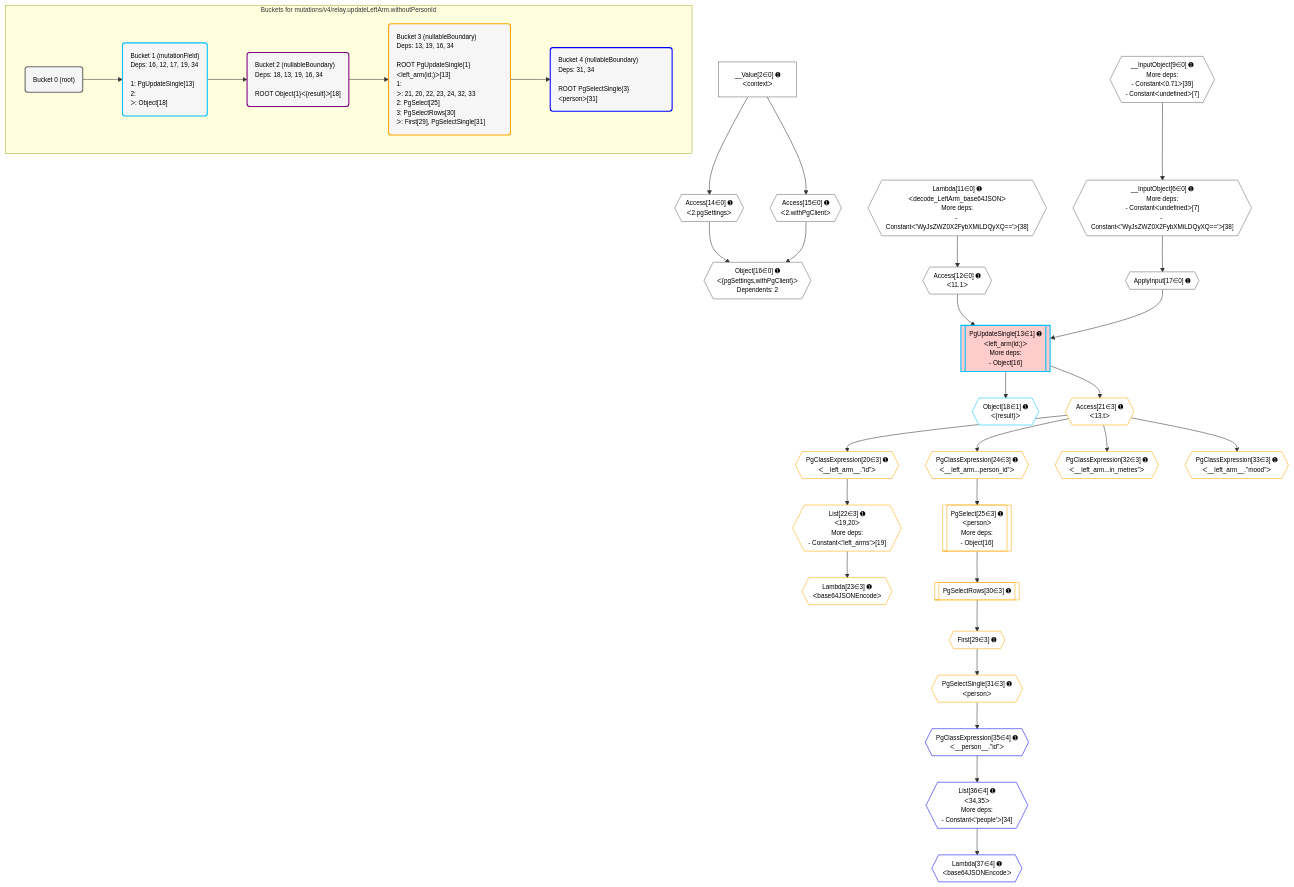
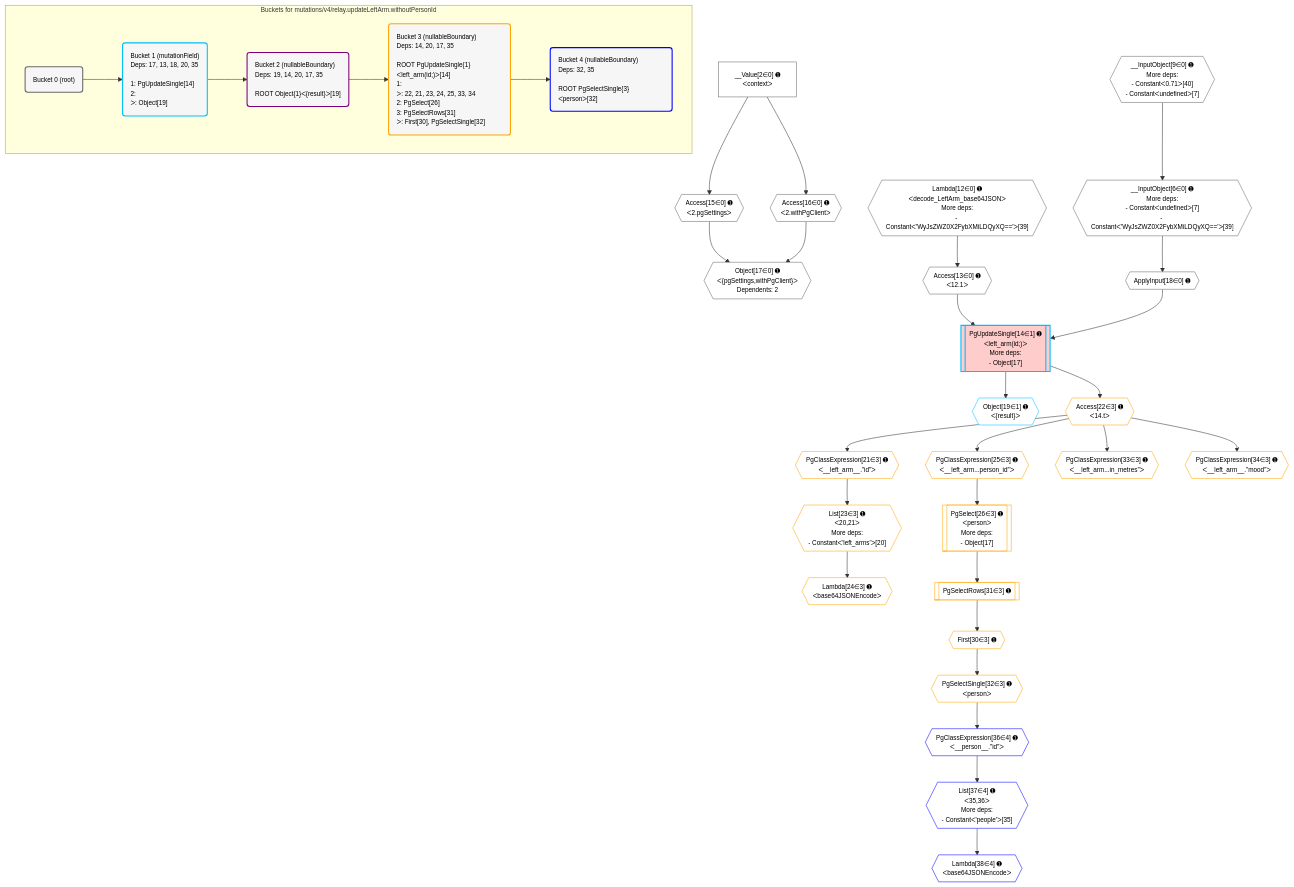
Before and after one commit to graphile/crystal: the diagram in postgraphile/postgraphile/__tests__/mutations/v4/relay.updateLeftArm.withoutPersonId.mermaid, drawn with Mermaid. The commit also changed 6 other files, not shown here.

```diff
--- a/postgraphile/postgraphile/__tests__/mutations/v4/relay.updateLeftArm.withoutPersonId.mermaid
+++ b/postgraphile/postgraphile/__tests__/mutations/v4/relay.updateLeftArm.withoutPersonId.mermaid
@@ -1,81 +1,81 @@
 %%{init: {'themeVariables': { 'fontSize': '12px'}}}%%
 graph TD
     classDef path fill:#eee,stroke:#000,color:#000
     classDef plan fill:#fff,stroke-width:1px,color:#000
     classDef itemplan fill:#fff,stroke-width:2px,color:#000
     classDef unbatchedplan fill:#dff,stroke-width:1px,color:#000
     classDef sideeffectplan fill:#fcc,stroke-width:2px,color:#000
     classDef bucket fill:#f6f6f6,color:#000,stroke-width:2px,text-align:left
 
     subgraph "Buckets for mutations/v4/relay.updateLeftArm.withoutPersonId"
     Bucket0("Bucket 0 (root)"):::bucket
-    Bucket1("Bucket 1 (mutationField)<br />Deps: 16, 12, 17, 19, 34<br /><br />1: PgUpdateSingle[13]<br />2: <br />ᐳ: Object[18]"):::bucket
-    Bucket2("Bucket 2 (nullableBoundary)<br />Deps: 18, 13, 19, 16, 34<br /><br />ROOT Object{1}ᐸ{result}ᐳ[18]"):::bucket
-    Bucket3("Bucket 3 (nullableBoundary)<br />Deps: 13, 19, 16, 34<br /><br />ROOT PgUpdateSingle{1}ᐸleft_arm(id;)ᐳ[13]<br />1: <br />ᐳ: 21, 20, 22, 23, 24, 32, 33<br />2: PgSelect[25]<br />3: PgSelectRows[30]<br />ᐳ: First[29], PgSelectSingle[31]"):::bucket
-    Bucket4("Bucket 4 (nullableBoundary)<br />Deps: 31, 34<br /><br />ROOT PgSelectSingle{3}ᐸpersonᐳ[31]"):::bucket
+    Bucket1("Bucket 1 (mutationField)<br />Deps: 17, 13, 18, 20, 35<br /><br />1: PgUpdateSingle[14]<br />2: <br />ᐳ: Object[19]"):::bucket
+    Bucket2("Bucket 2 (nullableBoundary)<br />Deps: 19, 14, 20, 17, 35<br /><br />ROOT Object{1}ᐸ{result}ᐳ[19]"):::bucket
+    Bucket3("Bucket 3 (nullableBoundary)<br />Deps: 14, 20, 17, 35<br /><br />ROOT PgUpdateSingle{1}ᐸleft_arm(id;)ᐳ[14]<br />1: <br />ᐳ: 22, 21, 23, 24, 25, 33, 34<br />2: PgSelect[26]<br />3: PgSelectRows[31]<br />ᐳ: First[30], PgSelectSingle[32]"):::bucket
+    Bucket4("Bucket 4 (nullableBoundary)<br />Deps: 32, 35<br /><br />ROOT PgSelectSingle{3}ᐸpersonᐳ[32]"):::bucket
     end
     Bucket0 --> Bucket1
     Bucket1 --> Bucket2
     Bucket2 --> Bucket3
     Bucket3 --> Bucket4
 
     %% plan dependencies
-    __InputObject6{{"__InputObject[6∈0] ➊<br />More deps:<br />- Constantᐸundefinedᐳ[7]<br />- Constantᐸ'WyJsZWZ0X2FybXMiLDQyXQ=='ᐳ[38]"}}:::plan
-    __InputObject9{{"__InputObject[9∈0] ➊<br />More deps:<br />- Constantᐸ0.71ᐳ[39]<br />- Constantᐸundefinedᐳ[7]"}}:::plan
+    __InputObject6{{"__InputObject[6∈0] ➊<br />More deps:<br />- Constantᐸundefinedᐳ[7]<br />- Constantᐸ'WyJsZWZ0X2FybXMiLDQyXQ=='ᐳ[39]"}}:::plan
+    __InputObject9{{"__InputObject[9∈0] ➊<br />More deps:<br />- Constantᐸ0.71ᐳ[40]<br />- Constantᐸundefinedᐳ[7]"}}:::plan
     __InputObject9 --> __InputObject6
-    Object16{{"Object[16∈0] ➊<br />ᐸ{pgSettings,withPgClient}ᐳ<br />Dependents: 2"}}:::plan
-    Access14{{"Access[14∈0] ➊<br />ᐸ2.pgSettingsᐳ"}}:::plan
-    Access15{{"Access[15∈0] ➊<br />ᐸ2.withPgClientᐳ"}}:::plan
-    Access14 & Access15 --> Object16
-    Lambda11{{"Lambda[11∈0] ➊<br />ᐸdecode_LeftArm_base64JSONᐳ<br />More deps:<br />- Constantᐸ'WyJsZWZ0X2FybXMiLDQyXQ=='ᐳ[38]"}}:::plan
-    Access12{{"Access[12∈0] ➊<br />ᐸ11.1ᐳ"}}:::plan
-    Lambda11 --> Access12
+    Object17{{"Object[17∈0] ➊<br />ᐸ{pgSettings,withPgClient}ᐳ<br />Dependents: 2"}}:::plan
+    Access15{{"Access[15∈0] ➊<br />ᐸ2.pgSettingsᐳ"}}:::plan
+    Access16{{"Access[16∈0] ➊<br />ᐸ2.withPgClientᐳ"}}:::plan
+    Access15 & Access16 --> Object17
+    Lambda12{{"Lambda[12∈0] ➊<br />ᐸdecode_LeftArm_base64JSONᐳ<br />More deps:<br />- Constantᐸ'WyJsZWZ0X2FybXMiLDQyXQ=='ᐳ[39]"}}:::plan
+    Access13{{"Access[13∈0] ➊<br />ᐸ12.1ᐳ"}}:::plan
+    Lambda12 --> Access13
     __Value2["__Value[2∈0] ➊<br />ᐸcontextᐳ"]:::plan
-    __Value2 --> Access14
     __Value2 --> Access15
-    ApplyInput17{{"ApplyInput[17∈0] ➊"}}:::plan
-    __InputObject6 --> ApplyInput17
-    PgUpdateSingle13[["PgUpdateSingle[13∈1] ➊<br />ᐸleft_arm(id;)ᐳ<br />More deps:<br />- Object[16]"]]:::sideeffectplan
-    Access12 & ApplyInput17 --> PgUpdateSingle13
-    Object18{{"Object[18∈1] ➊<br />ᐸ{result}ᐳ"}}:::plan
-    PgUpdateSingle13 --> Object18
-    List22{{"List[22∈3] ➊<br />ᐸ19,20ᐳ<br />More deps:<br />- Constantᐸ'left_arms'ᐳ[19]"}}:::plan
-    PgClassExpression20{{"PgClassExpression[20∈3] ➊<br />ᐸ__left_arm__.”id”ᐳ"}}:::plan
-    PgClassExpression20 --> List22
-    PgSelect25[["PgSelect[25∈3] ➊<br />ᐸpersonᐳ<br />More deps:<br />- Object[16]"]]:::plan
-    PgClassExpression24{{"PgClassExpression[24∈3] ➊<br />ᐸ__left_arm...person_id”ᐳ"}}:::plan
-    PgClassExpression24 --> PgSelect25
-    Access21{{"Access[21∈3] ➊<br />ᐸ13.tᐳ"}}:::plan
-    Access21 --> PgClassExpression20
-    PgUpdateSingle13 --> Access21
-    Lambda23{{"Lambda[23∈3] ➊<br />ᐸbase64JSONEncodeᐳ"}}:::plan
-    List22 --> Lambda23
-    Access21 --> PgClassExpression24
-    First29{{"First[29∈3] ➊"}}:::plan
-    PgSelectRows30[["PgSelectRows[30∈3] ➊"]]:::plan
-    PgSelectRows30 --> First29
-    PgSelect25 --> PgSelectRows30
-    PgSelectSingle31{{"PgSelectSingle[31∈3] ➊<br />ᐸpersonᐳ"}}:::plan
-    First29 --> PgSelectSingle31
-    PgClassExpression32{{"PgClassExpression[32∈3] ➊<br />ᐸ__left_arm...in_metres”ᐳ"}}:::plan
-    Access21 --> PgClassExpression32
-    PgClassExpression33{{"PgClassExpression[33∈3] ➊<br />ᐸ__left_arm__.”mood”ᐳ"}}:::plan
-    Access21 --> PgClassExpression33
-    List36{{"List[36∈4] ➊<br />ᐸ34,35ᐳ<br />More deps:<br />- Constantᐸ'people'ᐳ[34]"}}:::plan
-    PgClassExpression35{{"PgClassExpression[35∈4] ➊<br />ᐸ__person__.”id”ᐳ"}}:::plan
-    PgClassExpression35 --> List36
-    PgSelectSingle31 --> PgClassExpression35
-    Lambda37{{"Lambda[37∈4] ➊<br />ᐸbase64JSONEncodeᐳ"}}:::plan
-    List36 --> Lambda37
+    __Value2 --> Access16
+    ApplyInput18{{"ApplyInput[18∈0] ➊"}}:::plan
+    __InputObject6 --> ApplyInput18
+    PgUpdateSingle14[["PgUpdateSingle[14∈1] ➊<br />ᐸleft_arm(id;)ᐳ<br />More deps:<br />- Object[17]"]]:::sideeffectplan
+    Access13 & ApplyInput18 --> PgUpdateSingle14
+    Object19{{"Object[19∈1] ➊<br />ᐸ{result}ᐳ"}}:::plan
+    PgUpdateSingle14 --> Object19
+    List23{{"List[23∈3] ➊<br />ᐸ20,21ᐳ<br />More deps:<br />- Constantᐸ'left_arms'ᐳ[20]"}}:::plan
+    PgClassExpression21{{"PgClassExpression[21∈3] ➊<br />ᐸ__left_arm__.”id”ᐳ"}}:::plan
+    PgClassExpression21 --> List23
+    PgSelect26[["PgSelect[26∈3] ➊<br />ᐸpersonᐳ<br />More deps:<br />- Object[17]"]]:::plan
+    PgClassExpression25{{"PgClassExpression[25∈3] ➊<br />ᐸ__left_arm...person_id”ᐳ"}}:::plan
+    PgClassExpression25 --> PgSelect26
+    Access22{{"Access[22∈3] ➊<br />ᐸ14.tᐳ"}}:::plan
+    Access22 --> PgClassExpression21
+    PgUpdateSingle14 --> Access22
+    Lambda24{{"Lambda[24∈3] ➊<br />ᐸbase64JSONEncodeᐳ"}}:::plan
+    List23 --> Lambda24
+    Access22 --> PgClassExpression25
+    First30{{"First[30∈3] ➊"}}:::plan
+    PgSelectRows31[["PgSelectRows[31∈3] ➊"]]:::plan
+    PgSelectRows31 --> First30
+    PgSelect26 --> PgSelectRows31
+    PgSelectSingle32{{"PgSelectSingle[32∈3] ➊<br />ᐸpersonᐳ"}}:::plan
+    First30 --> PgSelectSingle32
+    PgClassExpression33{{"PgClassExpression[33∈3] ➊<br />ᐸ__left_arm...in_metres”ᐳ"}}:::plan
+    Access22 --> PgClassExpression33
+    PgClassExpression34{{"PgClassExpression[34∈3] ➊<br />ᐸ__left_arm__.”mood”ᐳ"}}:::plan
+    Access22 --> PgClassExpression34
+    List37{{"List[37∈4] ➊<br />ᐸ35,36ᐳ<br />More deps:<br />- Constantᐸ'people'ᐳ[35]"}}:::plan
+    PgClassExpression36{{"PgClassExpression[36∈4] ➊<br />ᐸ__person__.”id”ᐳ"}}:::plan
+    PgClassExpression36 --> List37
+    PgSelectSingle32 --> PgClassExpression36
+    Lambda38{{"Lambda[38∈4] ➊<br />ᐸbase64JSONEncodeᐳ"}}:::plan
+    List37 --> Lambda38
 
     %% define steps
     classDef bucket0 stroke:#696969
-    class Bucket0,__Value2,__InputObject6,__InputObject9,Lambda11,Access12,Access14,Access15,Object16,ApplyInput17 bucket0
+    class Bucket0,__Value2,__InputObject6,__InputObject9,Lambda12,Access13,Access15,Access16,Object17,ApplyInput18 bucket0
     classDef bucket1 stroke:#00bfff
-    class Bucket1,PgUpdateSingle13,Object18 bucket1
+    class Bucket1,PgUpdateSingle14,Object19 bucket1
     classDef bucket2 stroke:#7f007f
     class Bucket2 bucket2
     classDef bucket3 stroke:#ffa500
-    class Bucket3,PgClassExpression20,Access21,List22,Lambda23,PgClassExpression24,PgSelect25,First29,PgSelectRows30,PgSelectSingle31,PgClassExpression32,PgClassExpression33 bucket3
+    class Bucket3,PgClassExpression21,Access22,List23,Lambda24,PgClassExpression25,PgSelect26,First30,PgSelectRows31,PgSelectSingle32,PgClassExpression33,PgClassExpression34 bucket3
     classDef bucket4 stroke:#0000ff
-    class Bucket4,PgClassExpression35,List36,Lambda37 bucket4
+    class Bucket4,PgClassExpression36,List37,Lambda38 bucket4
```
